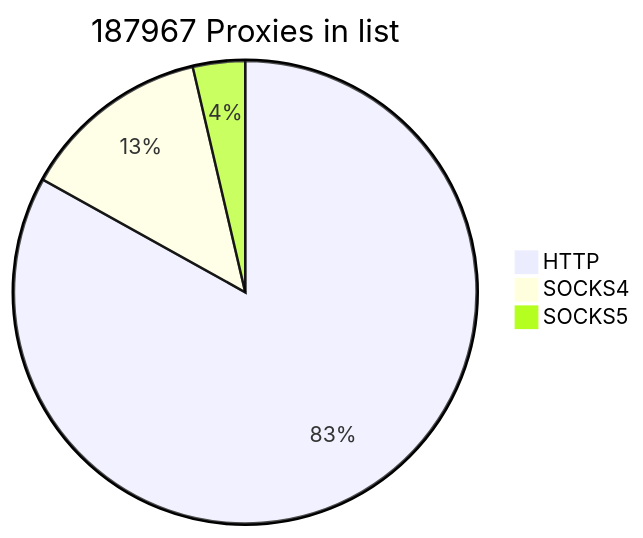
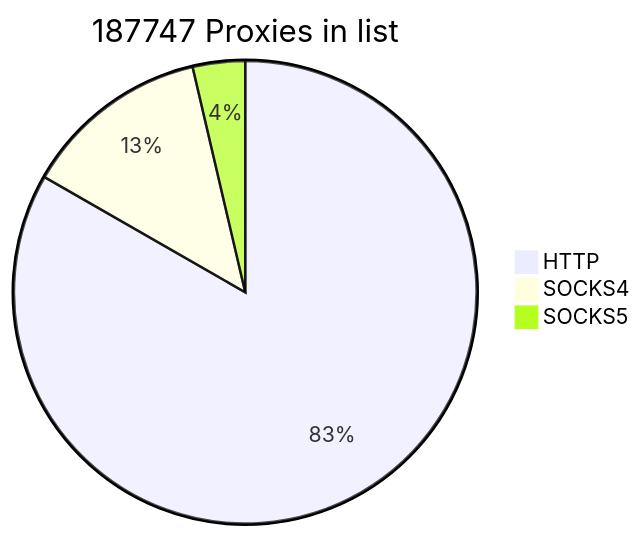
Before and after one commit to cutipu/proxylist: the first of 2 diagrams in README.md, drawn with Mermaid. The commit also changed other lines of this file, not shown here.

````diff
--- a/README.md
+++ b/README.md
@@ -2,7 +2,7 @@
 ```mermaid
-pie title 187967 Proxies in list
-    "HTTP" : 156168
-    "SOCKS4" : 24946
-    "SOCKS5" : 6853
+pie title 187747 Proxies in list
+    "HTTP" : 156374
+    "SOCKS4" : 24513
+    "SOCKS5" : 6860
             
 ```
````
